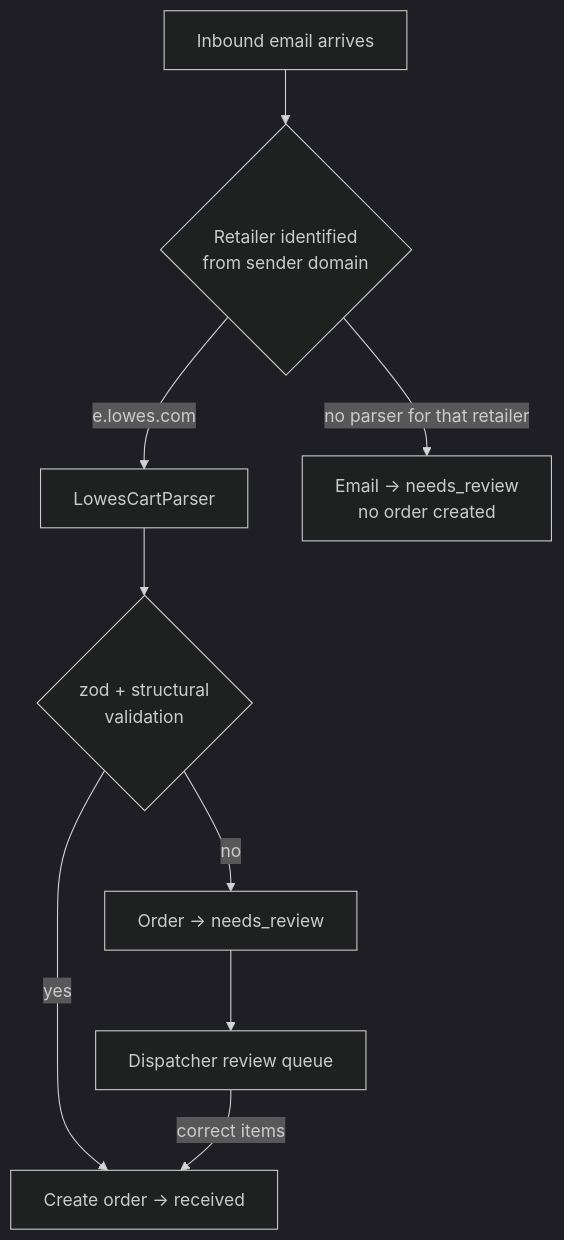
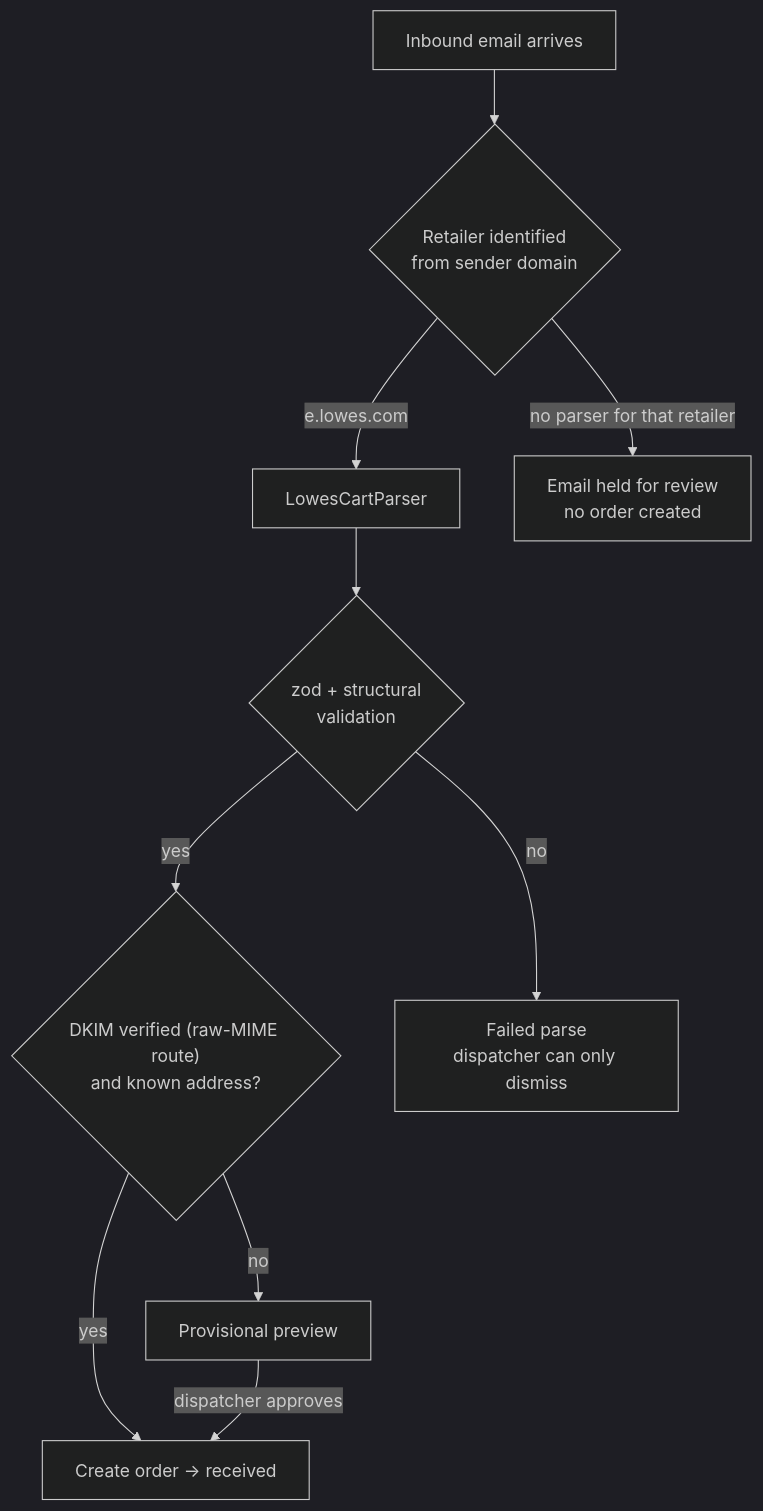
One commit to apalumbiLS/DeliveryApp changed the third of 4 diagrams in docs/architecture/00-overview.md. Above: the diagram before and after it, drawn with Mermaid (dark theme). The commit also changed other lines of this file and 32 other files, not shown here.

````diff
--- a/docs/architecture/00-overview.md
+++ b/docs/architecture/00-overview.md
@@ -174,11 +207,12 @@
 ```mermaid
 flowchart TD
     A[Inbound email arrives] --> B{Retailer identified<br/>from sender domain}
     B -->|e.lowes.com| D[LowesCartParser]
-    B -->|no parser for that retailer| K["Email → needs_review<br/>no order created"]
+    B -->|no parser for that retailer| K["Email held for review<br/>no order created"]
     D --> E{zod + structural<br/>validation}
-    E -->|yes| F[Create order → received]
-    E -->|no| I[Order → needs_review]
-    I --> J[Dispatcher review queue]
-    J -->|correct items| F
+    E -->|yes| V{"DKIM verified (raw-MIME route)<br/>and known address?"}
+    V -->|yes| F[Create order → received]
+    V -->|no| P[Provisional preview]
+    P -->|dispatcher approves| F
+    E -->|no| I["Failed parse<br/>dispatcher can only dismiss"]
 ```
````
